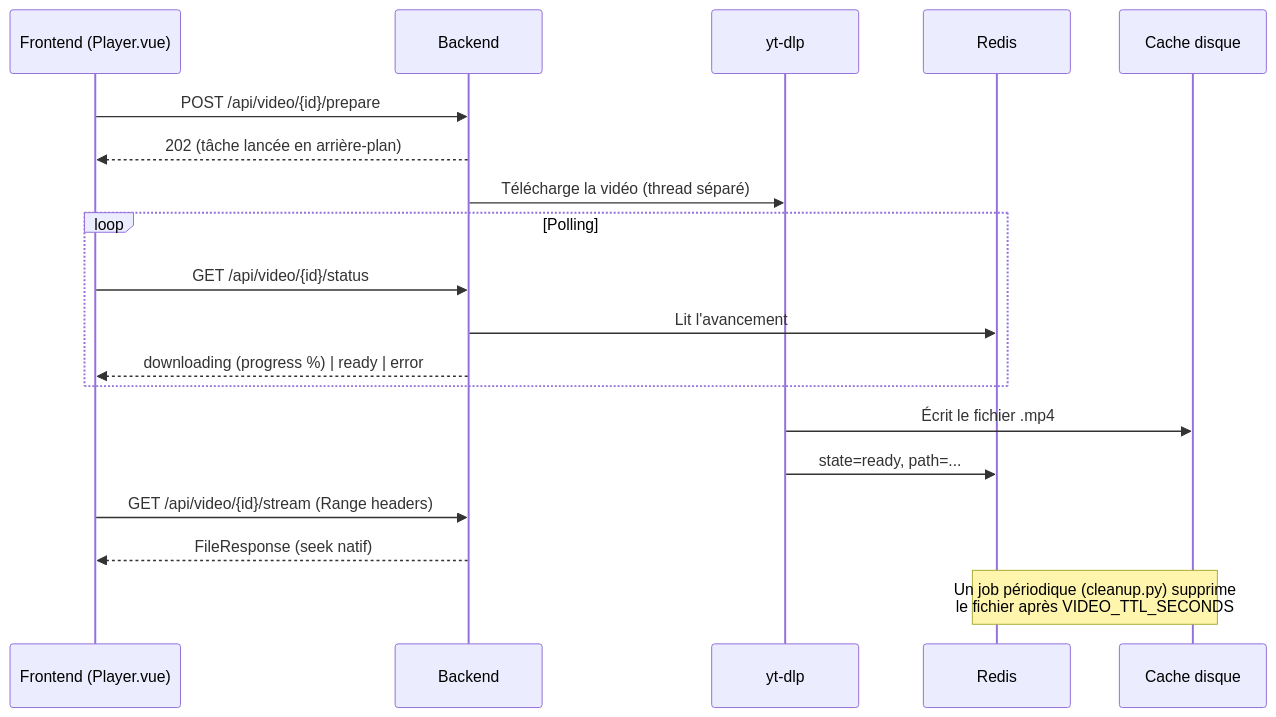
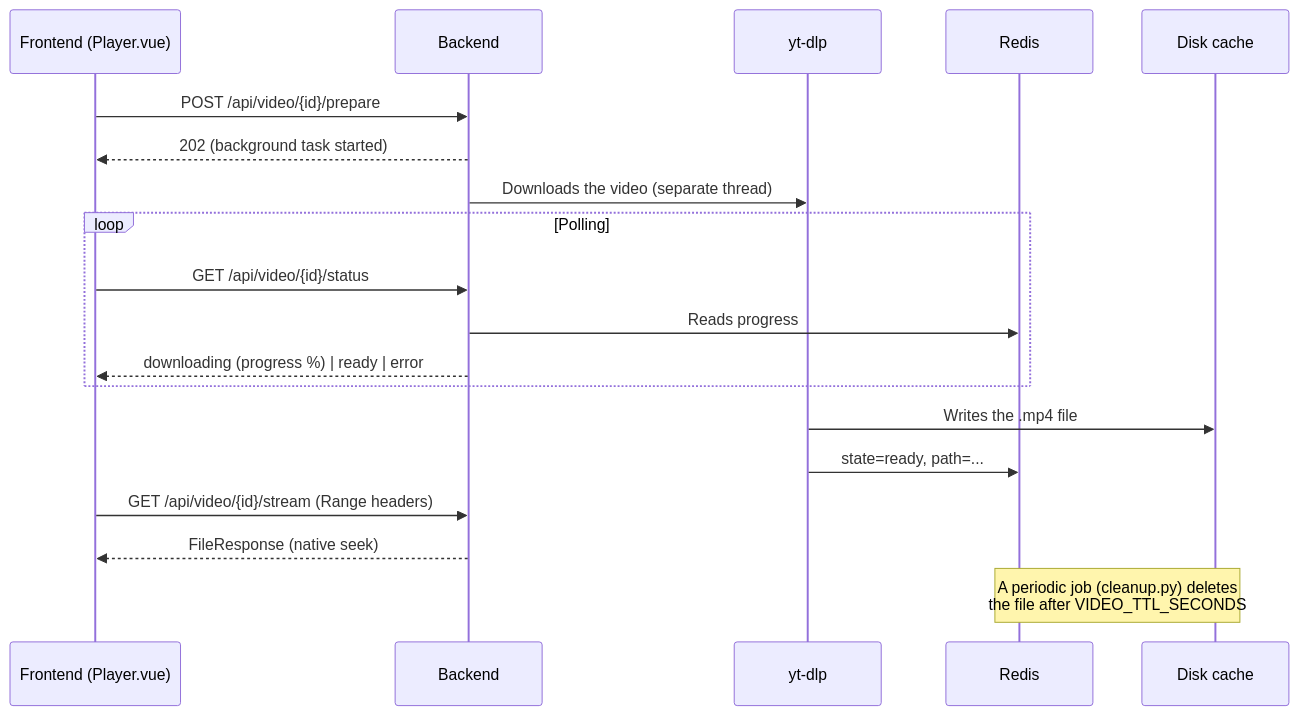
Before and after one commit to wardensfx/OuyouyouTube: the third of 3 diagrams in README.md, drawn with Mermaid. The commit also changed other lines of this file and 7 other files, not shown here.

````diff
--- a/README.md
+++ b/README.md
@@ -124,22 +123,22 @@
 ```mermaid
 sequenceDiagram
     participant F as Frontend (Player.vue)
     participant B as Backend
     participant Y as yt-dlp
     participant R as Redis
-    participant D as Cache disque
+    participant D as Disk cache
 
     F->>B: POST /api/video/{id}/prepare
-    B-->>F: 202 (tâche lancée en arrière-plan)
-    B->>Y: Télécharge la vidéo (thread séparé)
+    B-->>F: 202 (background task started)
+    B->>Y: Downloads the video (separate thread)
     loop Polling
         F->>B: GET /api/video/{id}/status
-        B->>R: Lit l'avancement
+        B->>R: Reads progress
         B-->>F: downloading (progress %) | ready | error
     end
-    Y->>D: Écrit le fichier .mp4
+    Y->>D: Writes the .mp4 file
     Y->>R: state=ready, path=...
     F->>B: GET /api/video/{id}/stream (Range headers)
-    B-->>F: FileResponse (seek natif)
-    Note over D,R: Un job périodique (cleanup.py) supprime<br/>le fichier après VIDEO_TTL_SECONDS
+    B-->>F: FileResponse (native seek)
+    Note over D,R: A periodic job (cleanup.py) deletes<br/>the file after VIDEO_TTL_SECONDS
 ```
````
